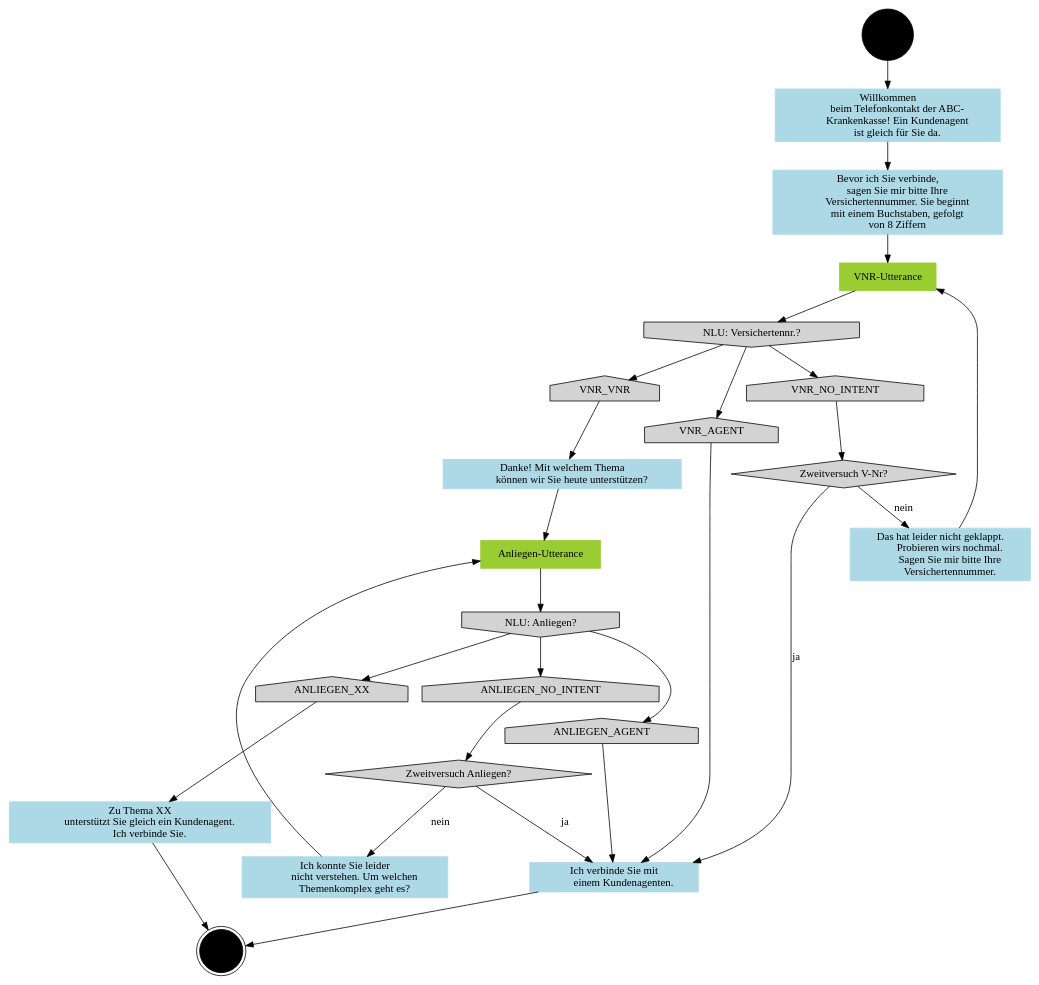
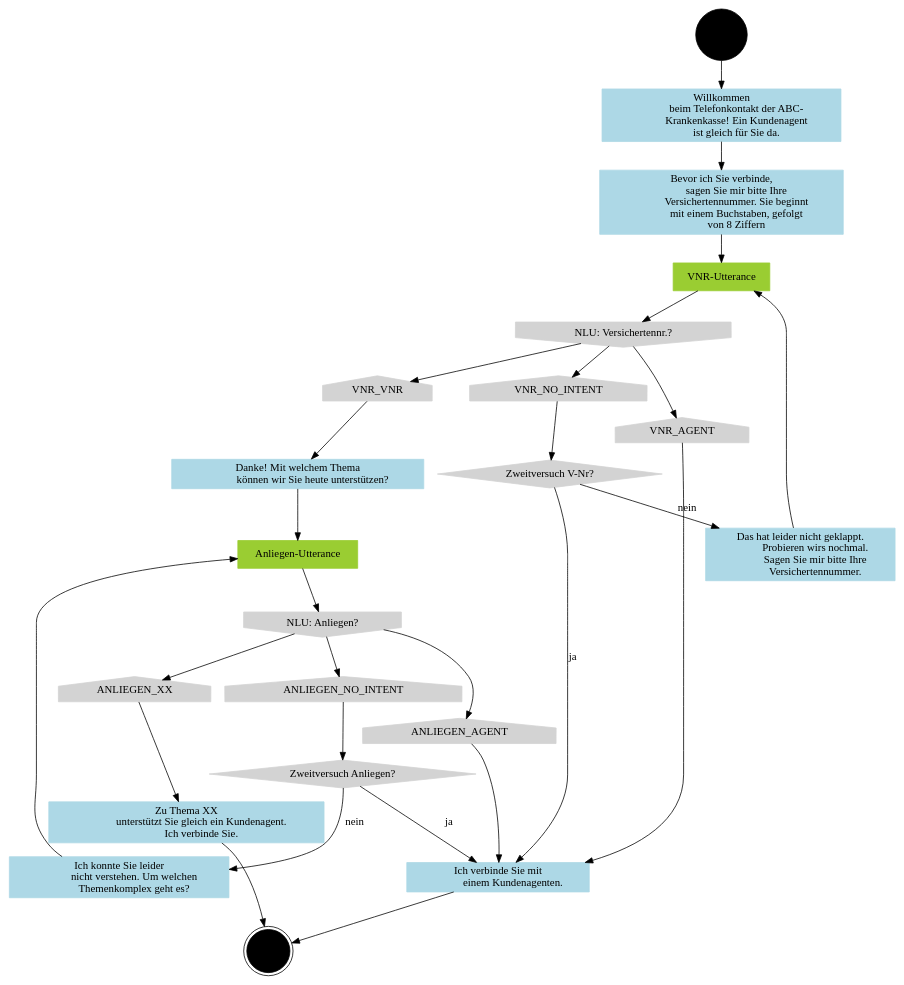
Before and after one commit to BrianInGermany/BrianInGermany.github.io: the diagram in assets/flow_nosubs.dot, drawn with Graphviz. The commit also changed other lines of this file and 2 other files, not shown here.

```diff
--- a/assets/flow_nosubs.dot
+++ b/assets/flow_nosubs.dot
@@ -1,81 +1,91 @@
-digraph tel_flow {
-    node[style=filled]
-    start[shape=circle,color=black]
-    end[shape=doublecircle,color=black]
-    prompt_welcome[shape=box,color=lightblue,label="Willkommen
-        beim Telefonkontakt der ABC-
-        Krankenkasse! Ein Kundenagent 
-        ist gleich für Sie da."]
-    prompt_vnr[shape=box,color=lightblue,label="Bevor ich Sie verbinde,
-        sagen Sie mir bitte Ihre
-        Versichertennummer. Sie beginnt 
-        mit einem Buchstaben, gefolgt
-        von 8 Ziffern"]
-    utterance_vnr[shape=box,color=yellowgreen,label="VNR-Utterance"]
-    nlu_vnr[shape=invhouse,label="NLU: Versichertennr.?"]
-    nlu_anliegen[shape=invhouse,label="NLU: Anliegen?"]
-    prompt_vnr_fail[shape=box,color=lightblue,label="Das hat leider nicht geklappt. 
-        Probieren wirs nochmal.
-        Sagen Sie mir bitte Ihre
-        Versichertennummer."]
-    prompt_vnr_success[shape=box,color=lightblue,label="Danke! Mit welchem Thema 
-        können wir Sie heute unterstützen?"]
-    utterance_anliegen[shape=box,color=yellowgreen,label="Anliegen-Utterance"]
-    prompt_anliegen_success[shape=box,color=lightblue,label="Zu Thema XX
-        unterstützt Sie gleich ein Kundenagent.
-        Ich verbinde Sie."]
-    intent_vnr_no_intent[shape=house,label="VNR_NO_INTENT"]
-    intent_vnr_agent[shape=house,label="VNR_AGENT"]
-    intent_vnr_vnr[shape=house,label="VNR_VNR"]
-    intent_anliegen_no_intent[shape=house,label="ANLIEGEN_NO_INTENT"]
-    intent_anliegen_agent[shape=house,label="ANLIEGEN_AGENT"]
-    intent_anliegen_xx[shape=house,label="ANLIEGEN_XX"]
-    prompt_connect_agent[shape=box,color=lightblue,label="Ich verbinde Sie mit
-        einem Kundenagenten."]
-    logic_zweitversuch_vnr[shape=diamond,label="Zweitversuch V-Nr?"]
-    prompt_nicht_verstanden_anliegen[shape=box,color=lightblue,label="Ich konnte Sie leider
-        nicht verstehen. Um welchen 
-        Themenkomplex geht es?"]
-    logic_zweitversuch_anliegen[shape=diamond,label="Zweitversuch Anliegen?"]
+digraph tel_flow{
 
+// NODE DEFINITIONS
+
+    // start nodes
+    node[style=filled,shape=circle,color=black]
+        start[shape=circle,color=black]
+
+    // end nodes
+    node[style=filled,shape=doublecircle,color=black]
+        end[shape=doublecircle,color=black]
+
+    // prompt nodes
+    node[style=filled,shape=box,color=lightblue]
+        prompt_welcome[label="Willkommen
+            beim Telefonkontakt der ABC-
+            Krankenkasse! Ein Kundenagent 
+            ist gleich für Sie da."]
+        prompt_vnr[label="Bevor ich Sie verbinde,
+            sagen Sie mir bitte Ihre
+            Versichertennummer. Sie beginnt 
+            mit einem Buchstaben, gefolgt
+            von 8 Ziffern"]
+        prompt_vnr_fail[label="Das hat leider nicht geklappt. 
+            Probieren wirs nochmal.
+            Sagen Sie mir bitte Ihre
+            Versichertennummer."]
+        prompt_vnr_success[label="Danke! Mit welchem Thema 
+            können wir Sie heute unterstützen?"]
+        prompt_anliegen_success[label="Zu Thema XX
+            unterstützt Sie gleich ein Kundenagent.
+            Ich verbinde Sie."]
+        prompt_connect_agent[label="Ich verbinde Sie mit
+            einem Kundenagenten."]  
+        prompt_nicht_verstanden_anliegen[label="Ich konnte Sie leider
+            nicht verstehen. Um welchen 
+            Themenkomplex geht es?"]
+            
+    // utterance nodes
+    node[style=filled,shape=box,color=yellowgreen]
+        utterance_vnr[label="VNR-Utterance"]
+        utterance_anliegen[label="Anliegen-Utterance"]
+
+    // nlu nodes
+    node[style=filled,shape=invhouse,color=lightgray]
+        nlu_vnr[label="NLU: Versichertennr.?"]
+        nlu_anliegen[label="NLU: Anliegen?"]
+
+    // intent nodes
+    node[style=filled,shape=house,color=lightgray]
+        intent_vnr_no_intent[label="VNR_NO_INTENT"]
+        intent_vnr_agent[label="VNR_AGENT"]
+        intent_vnr_vnr[label="VNR_VNR"]
+        intent_anliegen_no_intent[label="ANLIEGEN_NO_INTENT"]
+        intent_anliegen_agent[label="ANLIEGEN_AGENT"]
+        intent_anliegen_xx[label="ANLIEGEN_XX"]
+    
+    // logic nodes
+    node[style=filled,shape=diamond,color=lightgray]  
+        logic_zweitversuch_vnr[label="Zweitversuch V-Nr?"]
+        logic_zweitversuch_anliegen[label="Zweitversuch Anliegen?"]
+
+// CONNECTION DEFINITIONS
 
     start -> prompt_welcome
-
-
-
-
     prompt_welcome -> prompt_vnr
-
     prompt_vnr -> utterance_vnr
     utterance_vnr -> nlu_vnr
     nlu_vnr -> intent_vnr_agent
     nlu_vnr -> intent_vnr_vnr
     nlu_vnr -> intent_vnr_no_intent
     intent_vnr_no_intent -> logic_zweitversuch_vnr
     logic_zweitversuch_vnr -> prompt_vnr_fail [label="nein"]
-
     logic_zweitversuch_vnr -> prompt_connect_agent [label="ja"]
     prompt_connect_agent -> end
     prompt_vnr_fail -> utterance_vnr
     prompt_vnr_success -> utterance_anliegen
     utterance_anliegen -> nlu_anliegen
-
-
     intent_vnr_vnr -> prompt_vnr_success
-
     nlu_anliegen -> intent_anliegen_xx
     nlu_anliegen -> intent_anliegen_agent
     nlu_anliegen -> intent_anliegen_no_intent
     intent_anliegen_no_intent -> logic_zweitversuch_anliegen
     logic_zweitversuch_anliegen -> prompt_nicht_verstanden_anliegen [label="nein"]
     prompt_nicht_verstanden_anliegen -> utterance_anliegen
-
-
     intent_anliegen_agent -> prompt_connect_agent
     intent_vnr_agent -> prompt_connect_agent
     intent_anliegen_xx -> prompt_anliegen_success
     logic_zweitversuch_anliegen -> prompt_connect_agent [label="ja"]
     prompt_anliegen_success -> end
-
-
 }
```
